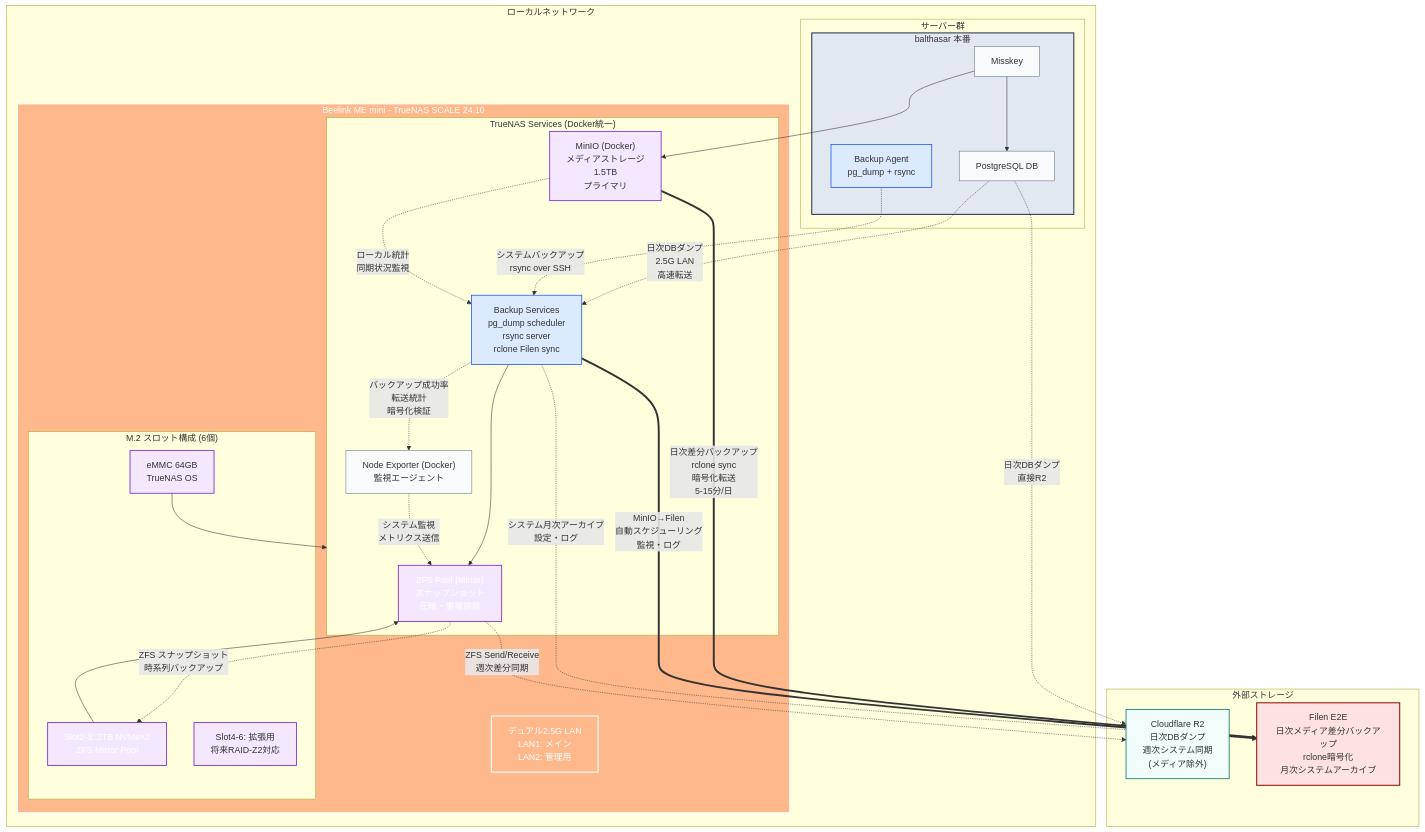
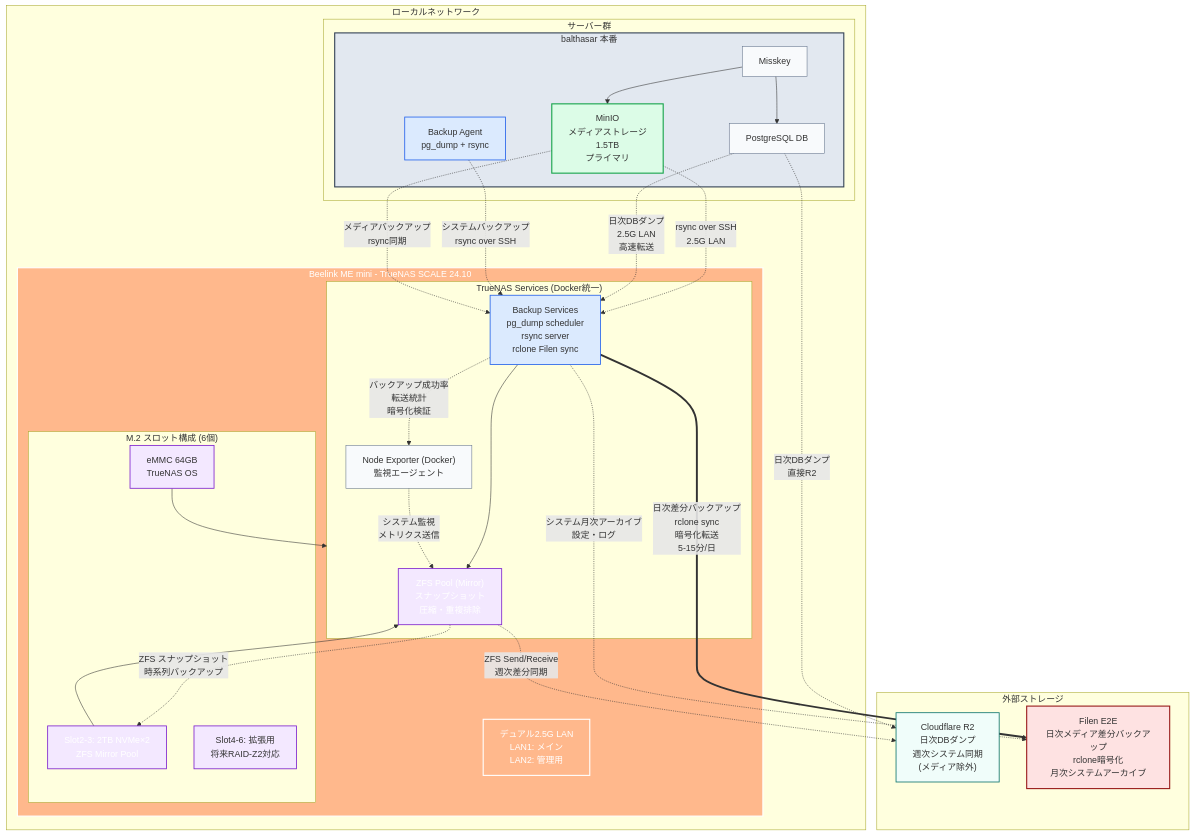
One commit to yamisskey-dev/hosted-list changed the fourth of 5 diagrams in README.md. Above: the diagram before and after it, drawn with Mermaid. The commit also changed other lines of this file, not shown here.

````diff
--- a/README.md
+++ b/README.md
@@ -369,6 +379,7 @@
     classDef cloud fill:#f0fdfa,stroke:#0f766e,stroke-width:1.5px
     classDef zfs fill:#4c1d95,stroke:#c4b5fd,stroke-width:2px,color:#ffffff
     classDef encrypted fill:#fee2e2,stroke:#991b1b,stroke-width:2px
+    classDef local fill:#dcfce7,stroke:#16a34a,stroke-width:2px
 
     %% External storage
     subgraph external["外部ストレージ"]
@@ -390,7 +401,6 @@
             subgraph truenas_services["TrueNAS Services (Docker統一)"]
                 zfs_pool["ZFS Pool (Mirror)<br/>スナップショット<br/>圧縮・重複排除"]:::zfs
                 backup_svc["Backup Services<br/>pg_dump scheduler<br/>rsync server<br/>rclone Filen sync"]:::backup
-                minio["MinIO (Docker)<br/>メディアストレージ<br/>1.5TB<br/>プライマリ"]:::storage
                 node_exporter["Node Exporter (Docker)<br/>監視エージェント"]:::service
             end
             
@@ -402,18 +412,19 @@
             subgraph balthasar["balthasar 本番"]
                 misskey1["Misskey"]:::service
                 db1["PostgreSQL DB"]:::service
+                minio_local["MinIO<br/>メディアストレージ<br/>1.5TB<br/>プライマリ"]:::local
                 backup1["Backup Agent<br/>pg_dump + rsync"]:::backup
             end
         end
     end
 
-    %% Service connections - シンプルな構成維持
+    %% Service connections - ローカル接続
+    misskey1 --> minio_local
     misskey1 --> db1
-    misskey1 --> minio
 
-    %% MinIO → Filen 日次差分バックアップ (新規メイン)
-    minio ==>|"日次差分バックアップ<br/>rclone sync<br/>暗号化転送<br/>5-15分/日"| filen
-    backup_svc ==>|"MinIO→Filen<br/>自動スケジューリング<br/>監視・ログ"| filen
+    %% MinIO → Filen 日次差分バックアップ (rsync経由)
+    minio_local -.->|"rsync over SSH<br/>2.5G LAN"| backup_svc
+    backup_svc ==>|"日次差分バックアップ<br/>rclone sync<br/>暗号化転送<br/>5-15分/日"| filen
 
     %% DB Backup flows - 既存維持
     db1 -.->|"日次DBダンプ<br/>2.5G LAN<br/>高速転送"| backup_svc
@@ -430,7 +441,7 @@
     
     %% System backup flows
     backup1 -.->|"システムバックアップ<br/>rsync over SSH"| backup_svc
-    minio -.->|"ローカル統計<br/>同期状況監視"| backup_svc
+    minio_local -.->|"メディアバックアップ<br/>rsync同期"| backup_svc
     
     %% Monitoring flows
     node_exporter -.->|"システム監視<br/>メトリクス送信"| zfs_pool
@@ -446,6 +457,7 @@
     class backup_svc,backup1 backup
     class r2 cloud
     class filen encrypted
-    class minio,slot456,slot23,zfs_pool storage
+    class minio_local local
+    class slot456,slot23,zfs_pool storage
     class emmc storage
 ```
````
